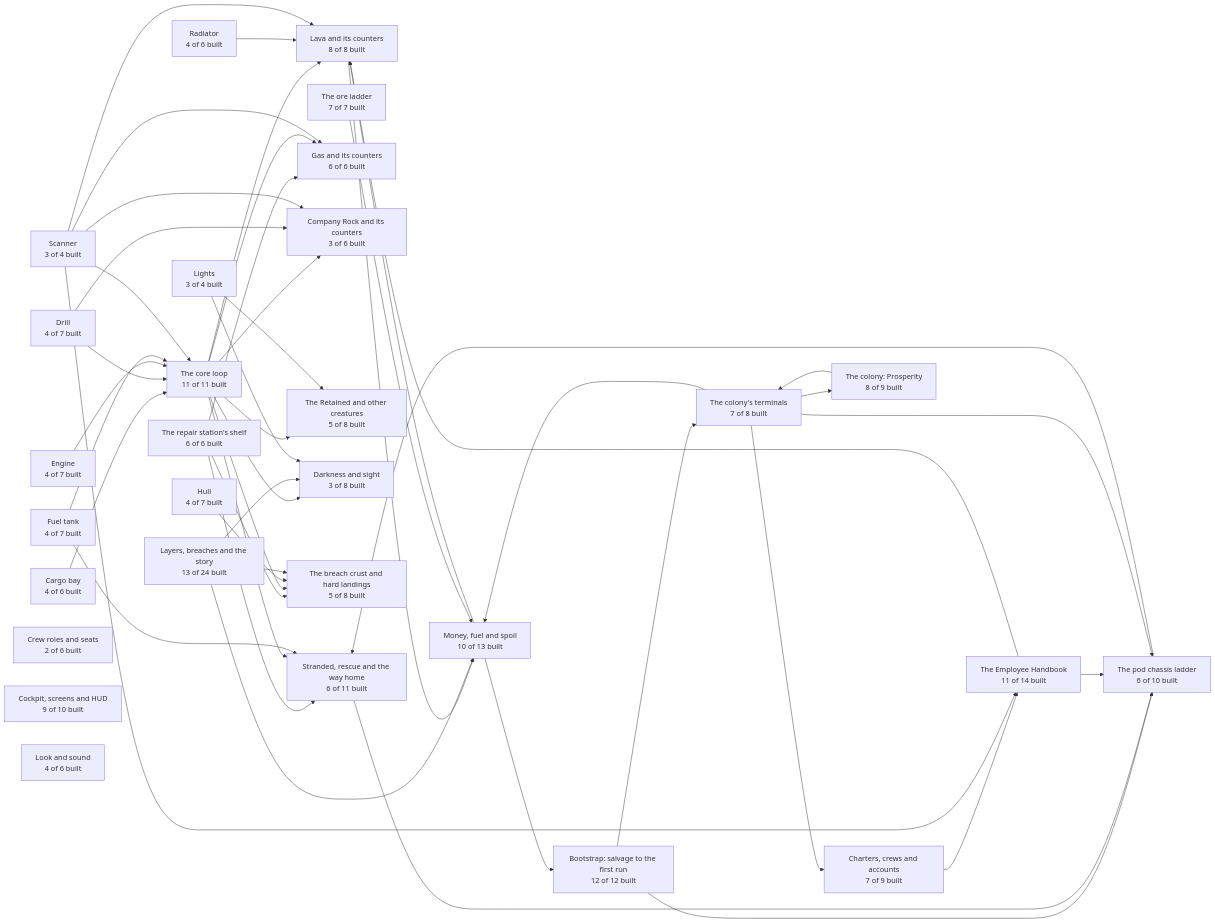
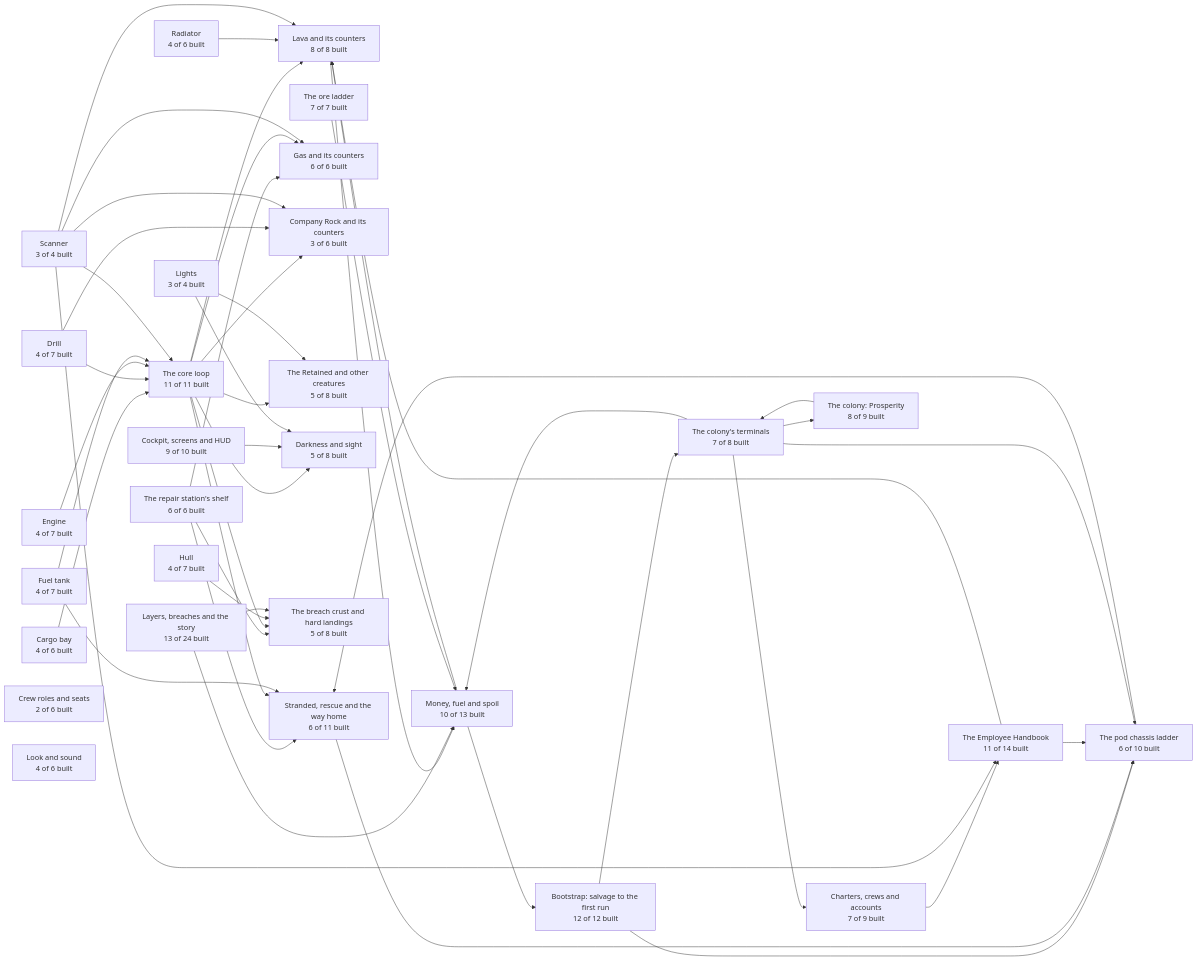
One commit to pkeppeler/deepcharter changed the second of 30 diagrams in docs/FEATURE-MAP.md. Above: the diagram before and after it, drawn with Mermaid. The commit also changed other lines of this file and 13 other files, not shown here.

````diff
--- a/docs/FEATURE-MAP.md
+++ b/docs/FEATURE-MAP.md
@@ -73,76 +73,76 @@
 ```mermaid
 flowchart LR
   l_core_loop["The core loop<br/>11 of 11 built"]
   l_economy["Money, fuel and spoil<br/>10 of 13 built"]
   l_ores["The ore ladder<br/>7 of 7 built"]
   l_bootstrap["Bootstrap: salvage to the first run<br/>12 of 12 built"]
   l_terminals["The colony's terminals<br/>7 of 8 built"]
   l_handbook["The Employee Handbook<br/>11 of 14 built"]
   l_layers["Layers, breaches and the story<br/>13 of 24 built"]
   l_charter["Charters, crews and accounts<br/>7 of 9 built"]
   l_colony["The colony: Prosperity<br/>8 of 9 built"]
   l_pods["The pod chassis ladder<br/>6 of 10 built"]
   l_drill["Drill<br/>4 of 7 built"]
   l_hull["Hull<br/>4 of 7 built"]
   l_engine["Engine<br/>4 of 7 built"]
   l_fuel_tank["Fuel tank<br/>4 of 7 built"]
   l_radiator["Radiator<br/>4 of 6 built"]
   l_cargo_bay["Cargo bay<br/>4 of 6 built"]
   l_scanner["Scanner<br/>3 of 4 built"]
   l_lights["Lights<br/>3 of 4 built"]
   l_lava["Lava and its counters<br/>8 of 8 built"]
   l_gas["Gas and its counters<br/>6 of 6 built"]
   l_company_rock["Company Rock and its counters<br/>3 of 6 built"]
   l_creatures["The Retained and other creatures<br/>5 of 8 built"]
-  l_darkness["Darkness and sight<br/>3 of 8 built"]
+  l_darkness["Darkness and sight<br/>5 of 8 built"]
   l_crust["The breach crust and hard landings<br/>5 of 8 built"]
   l_getting_out["Stranded, rescue and the way home<br/>6 of 11 built"]
   l_consumables["The repair station's shelf<br/>6 of 6 built"]
   l_crew["Crew roles and seats<br/>2 of 6 built"]
   l_interface["Cockpit, screens and HUD<br/>9 of 10 built"]
   l_art["Look and sound<br/>4 of 6 built"]
   l_bootstrap --> l_pods
   l_bootstrap --> l_terminals
   l_cargo_bay --> l_core_loop
   l_charter --> l_handbook
   l_colony --> l_terminals
   l_consumables --> l_crust
   l_consumables --> l_gas
   l_consumables --> l_getting_out
   l_core_loop --> l_company_rock
   l_core_loop --> l_creatures
   l_core_loop --> l_crust
   l_core_loop --> l_darkness
   l_core_loop --> l_gas
   l_core_loop --> l_getting_out
   l_core_loop --> l_lava
   l_drill --> l_company_rock
   l_drill --> l_core_loop
   l_economy --> l_bootstrap
   l_economy --> l_lava
   l_engine --> l_core_loop
   l_fuel_tank --> l_core_loop
   l_fuel_tank --> l_getting_out
   l_getting_out --> l_pods
   l_handbook --> l_lava
   l_handbook --> l_pods
   l_hull --> l_crust
+  l_interface --> l_darkness
   l_lava --> l_economy
   l_layers --> l_crust
-  l_layers --> l_darkness
   l_layers --> l_economy
   l_lights --> l_creatures
   l_lights --> l_darkness
   l_ores --> l_economy
   l_pods --> l_getting_out
   l_radiator --> l_lava
   l_scanner --> l_company_rock
   l_scanner --> l_core_loop
   l_scanner --> l_gas
   l_scanner --> l_handbook
   l_scanner --> l_lava
   l_terminals --> l_charter
   l_terminals --> l_colony
   l_terminals --> l_economy
   l_terminals --> l_pods
 ```
````
